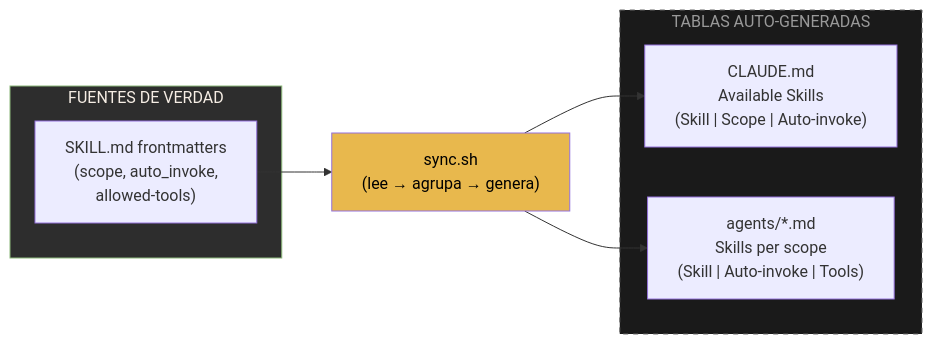
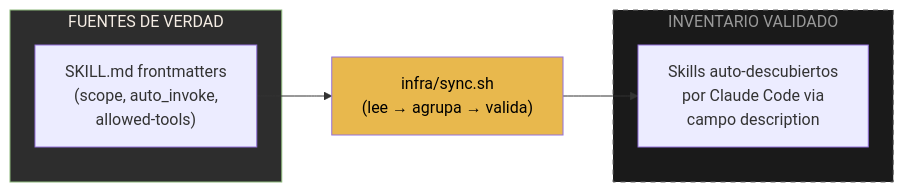
One commit to jota-batuta/batuta-dots changed the third of 23 diagrams in docs/architecture/arquitectura-diagrama.md. Above: the diagram before and after it, drawn with Mermaid. The commit also changed other lines of this file and 69 other files, not shown here.

First line of the commit message:
refactor: eliminate ecosystem overhead — prompt-tracker, skill-sync, dead hooks (v11.1)

````diff
--- a/docs/architecture/arquitectura-diagrama.md
+++ b/docs/architecture/arquitectura-diagrama.md
@@ -114,21 +105,19 @@
 ```mermaid
 flowchart LR
     subgraph FUENTE["FUENTES DE VERDAD"]
         SKILLS_MD["SKILL.md frontmatters<br/>(scope, auto_invoke,<br/>allowed-tools)"]
     end
 
-    SYNC["sync.sh<br/>(lee → agrupa → genera)"]
+    SYNC["infra/sync.sh<br/>(lee → agrupa → valida)"]
 
-    subgraph GENERADO["TABLAS AUTO-GENERADAS"]
-        CLAUDE_TABLE["CLAUDE.md<br/>Available Skills<br/>(Skill | Scope | Auto-invoke)"]
-        AGENT_TABLE["agents/*.md<br/>Skills per scope<br/>(Skill | Auto-invoke | Tools)"]
+    subgraph RESULTADO["INVENTARIO VALIDADO"]
+        CLAUDE_TABLE["Skills auto-descubiertos<br/>por Claude Code via<br/>campo description"]
     end
 
     SKILLS_MD --> SYNC
     SYNC --> CLAUDE_TABLE
-    SYNC --> AGENT_TABLE
 
     style FUENTE fill:#2d2d2d,stroke:#8BB87A,color:#F5EDE4
     style SYNC fill:#E8B84D,color:#000
-    style GENERADO fill:#1a1a1a,stroke:#666,color:#999,stroke-dasharray: 5 5
+    style RESULTADO fill:#1a1a1a,stroke:#666,color:#999,stroke-dasharray: 5 5
 ```
````
